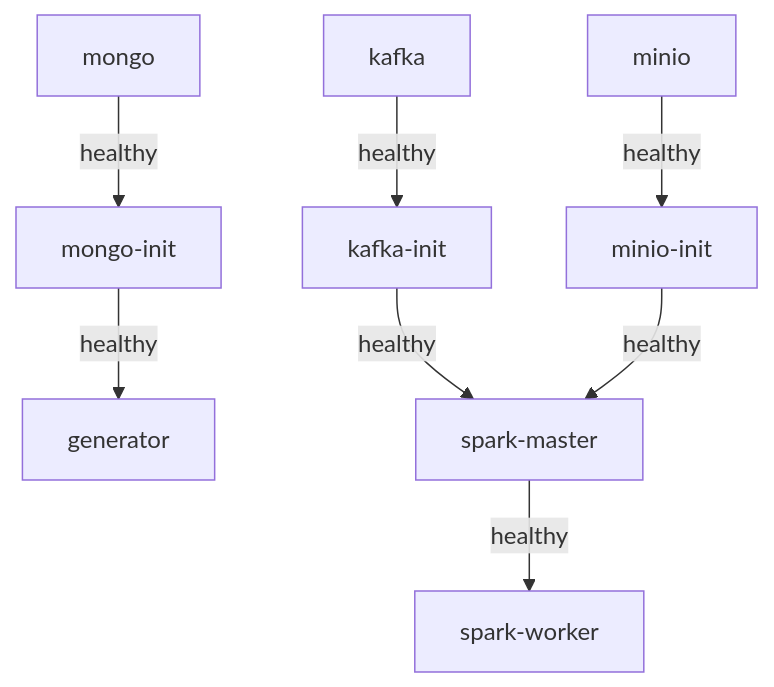
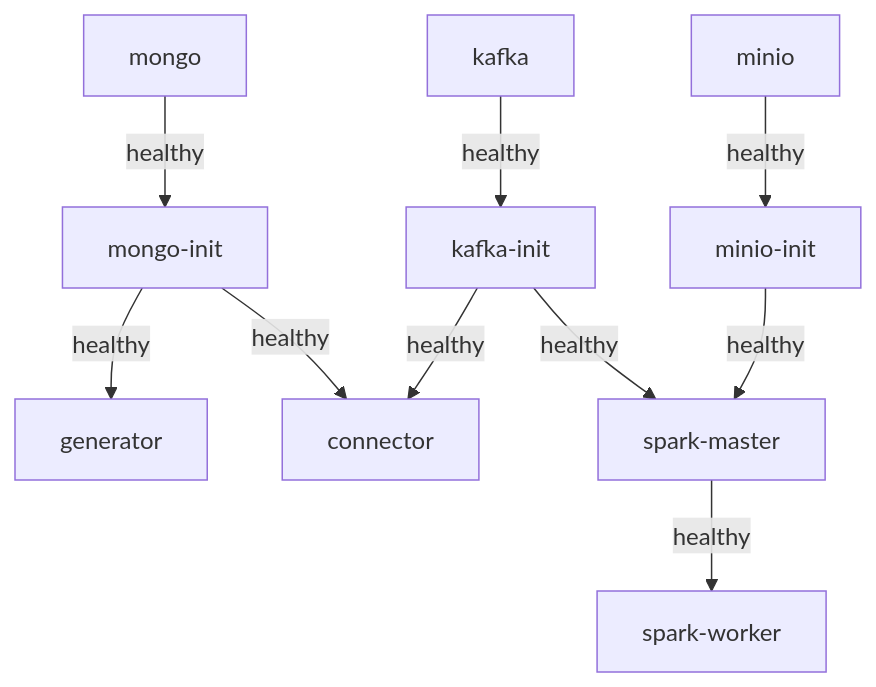
The third of 3 diagrams in README.md (Mikhael-Groschitz/credit-proposals-streaming-mongodb-kafka), drawn with Mermaid before and after one commit. The commit also changed other lines of this file and 24 other files, not shown here.

````diff
--- a/README.md
+++ b/README.md
@@ -133,10 +136,12 @@
 ```mermaid
 flowchart TD
     mongo -- healthy --> mongo_init[mongo-init]
     mongo_init -- healthy --> generator
+    mongo_init -- healthy --> connector
     kafka -- healthy --> kafka_init[kafka-init]
     kafka_init -- healthy --> spark_master[spark-master]
+    kafka_init -- healthy --> connector
     minio -- healthy --> minio_init[minio-init]
     minio_init -- healthy --> spark_master
     spark_master -- healthy --> spark_worker[spark-worker]
 ```
````
